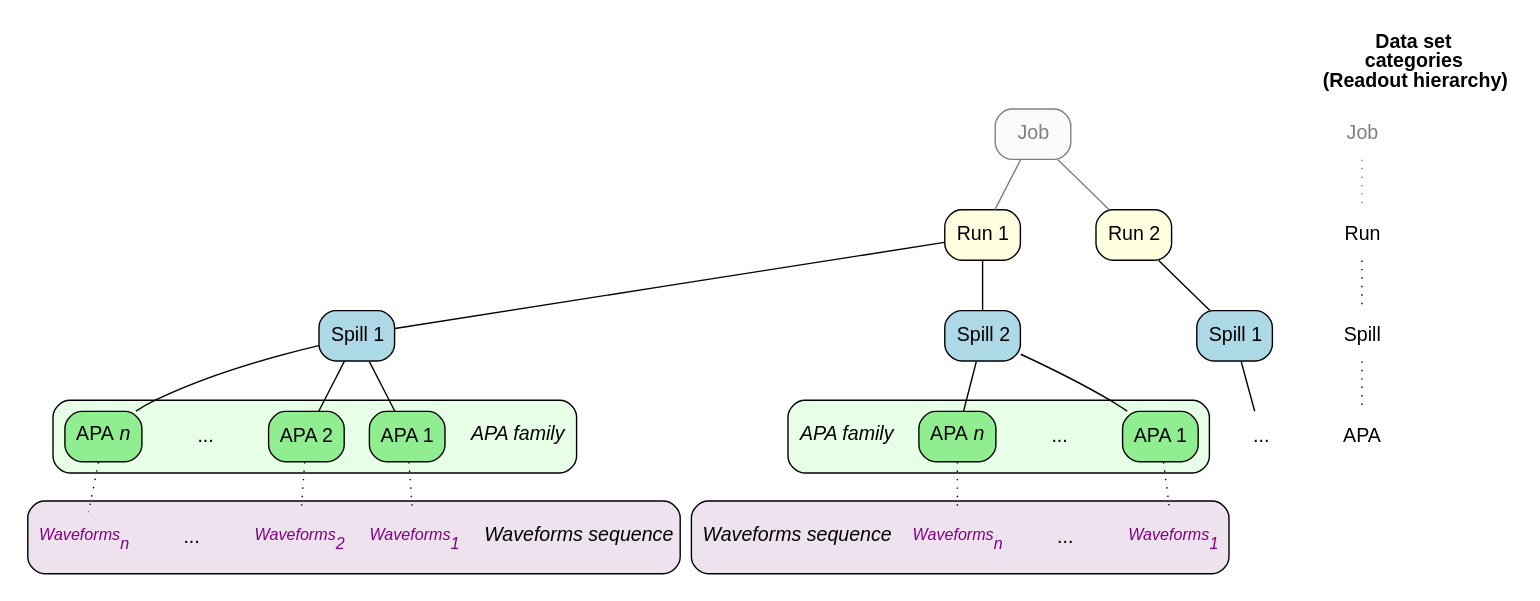
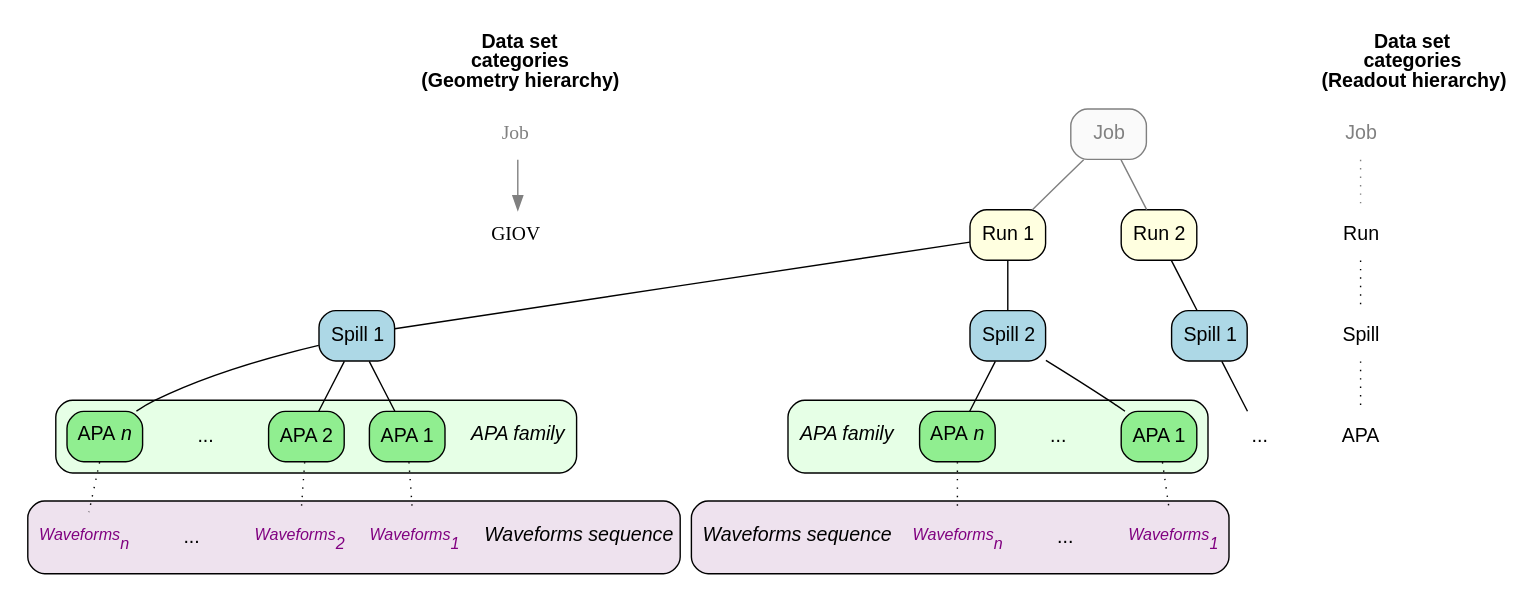
One commit to Framework-R-D/phlex-design changed the diagram in doc/graphviz/data-organization.gv. Above: the diagram before and after it, drawn with Graphviz.

```diff
--- a/doc/graphviz/data-organization.gv
+++ b/doc/graphviz/data-organization.gv
@@ -1,102 +1,117 @@
 digraph {
 
   fontname="Helvetica,Arial"
+  
+  
+  node [shape="plaintext" style="rounded" margin="0"]
+  subgraph cluster_giov_categories {
+     label=<<b>Data set<br/>categories<br/>(Geometry hierarchy)</b>>
+     color=none
+
+     job_category_2 [label=<Job> fontcolor="gray"]
+     giov_category [label=<GIOV>]
+
+     job_category_2 -> giov_category [color="gray"]
+   }
+  
+    
   node [shape="plaintext" fontname="Helvetica,Arial"]
   edge [arrowhead="none"]
-   node [shape="box" style="filled,rounded"]
+  node [shape="box" style="filled,rounded"]
 
   job [label=<Job> fillcolor="gray98" fontcolor="gray" color="gray"]
   run1 [label=<Run 1> fillcolor="lightyellow"]
   run2 [label=<Run 2> fillcolor="lightyellow"]
   spill1 [label=<Spill 1> fillcolor="lightblue"]
   spill2 [label=<Spill 2> fillcolor="lightblue"]
   spill3 [label=<Spill 1> fillcolor="lightblue"]
   apa3 [label="..." shape="plaintext" margin=0 style="rounded"]
 
   job -> {run1 run2} [color=gray]
   run1 -> {spill1 spill2}
   run2 -> spill3
   spill3 -> apa3
 
   node [style="rounded,filled" fillcolor="lightgreen"]
   subgraph cluster_apa_family_1 {
      style="filled,rounded"
      fillcolor="#e6ffe6"
 
      family_label_1 [label=<<i>APA family</i>> shape="plaintext" margin=0 style="rounded"]
      apa11 [label=<APA 1>]
      apa12 [label=<APA 2>]
      apa1Dots [label="..." shape="plaintext" margin=0 style="rounded"]
      apa1N [label=<APA <i>n</i>>]
   }
 
   spill1 -> family_label_1 [style=invis]
   spill1 -> apa11
   spill1 -> apa12
   spill1 -> apa1Dots [style=invis]
   spill1 -> apa1N
 
   subgraph cluster_apa_family_2 {
      style="filled,rounded"
      fillcolor="#e6ffe6"
 
      apa21 [label=<APA 1>]
      apa2Dots [label="..." shape="plaintext" margin=0 style="rounded"]
      apa2N [label=<APA <i>n</i>>]
      family_label_2 [label=<<i>APA family</i>> shape="plaintext" margin=0 style="rounded"]
   }
 
   spill2 -> apa21
   spill2 -> apa2Dots [style=invis]
   spill2 -> apa2N
   spill2 -> family_label_2 [style=invis]
 
   node [shape="plaintext" style="rounded" margin="0"]
+  
   subgraph cluster_product_sequence_1 {
      style="filled,rounded"
      fillcolor="#eee2ee"
 
      sequence_label_1 [label=<<i>Waveforms sequence</i>> shape="plaintext" margin=0 style="rounded" fontname="Helvetica,Arial"]
      t11 [label=<<i>Waveforms<sub>1</sub></i>> fontsize=11.5 fontcolor="purple"]
      t12 [label=<<i>Waveforms<sub>2</sub></i>> fontsize=11.5 fontcolor="purple"]
      t1Dots [label="..." shape="plaintext" margin=0 style="rounded" fontname="Helvetica,Arial"]
      t1N [label=<<i>Waveforms<sub>n</sub></i>> fontsize=11.5 fontcolor="purple"]
   }
 
   edge [style=dotted]
   family_label_1 -> sequence_label_1 [style=invis]
   apa11 -> t11
   apa12 -> t12
   apa1Dots -> t1Dots [style=invis]
   apa1N -> t1N
 
   subgraph cluster_product_sequence_2 {
      style="filled,rounded"
      fillcolor="#eee2ee"
 
      sequence_label_2 [label=<<i>Waveforms sequence</i>> shape="plaintext" margin=0 style="rounded" fontname="Helvetica,Arial"]
      t21 [label=<<i>Waveforms<sub>1</sub></i>> fontsize=11.5 fontcolor="purple"]
      t2Dots [label="..." shape="plaintext" margin=0 style="rounded" fontname="Helvetica,Arial"]
      t2N [label=<<i>Waveforms<sub>n</sub></i>> fontsize=11.5 fontcolor="purple"]
   }
 
  subgraph cluster_readout_categories {
     label=<<b>Data set<br/>categories<br/>(Readout hierarchy)</b>>
     color=none
 
     job_category [label=<Job> fontcolor="gray"]
     run_category [label=<Run>]
     spill_category [label=<Spill>]
     apa_category [label=<APA>]
 
     job_category -> run_category [color="gray"]
     run_category -> spill_category -> apa_category
   }
 
 
 
   family_label_2 -> sequence_label_2 [style=invis]
   apa21 -> t21
   apa2Dots -> t2Dots [style=invis]
   apa2N -> t2N
 }
```
